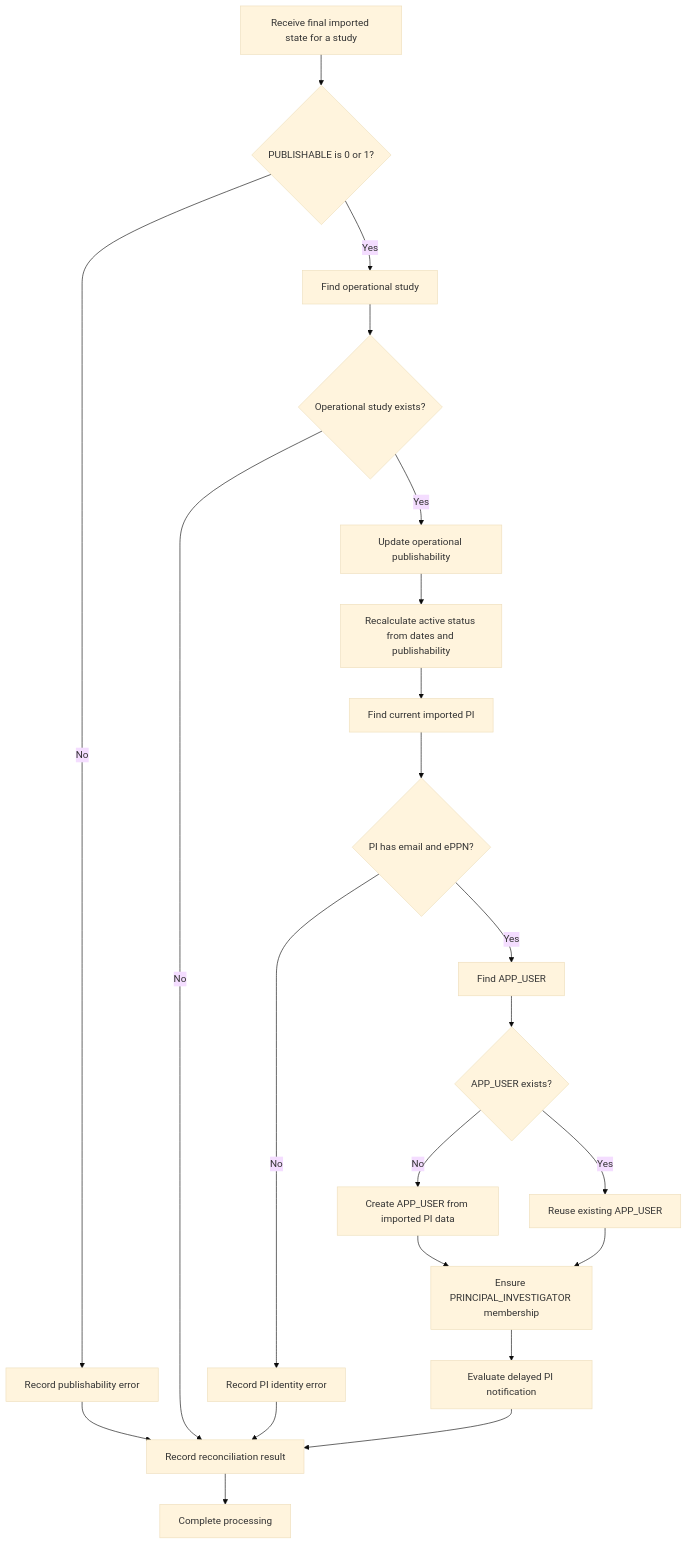
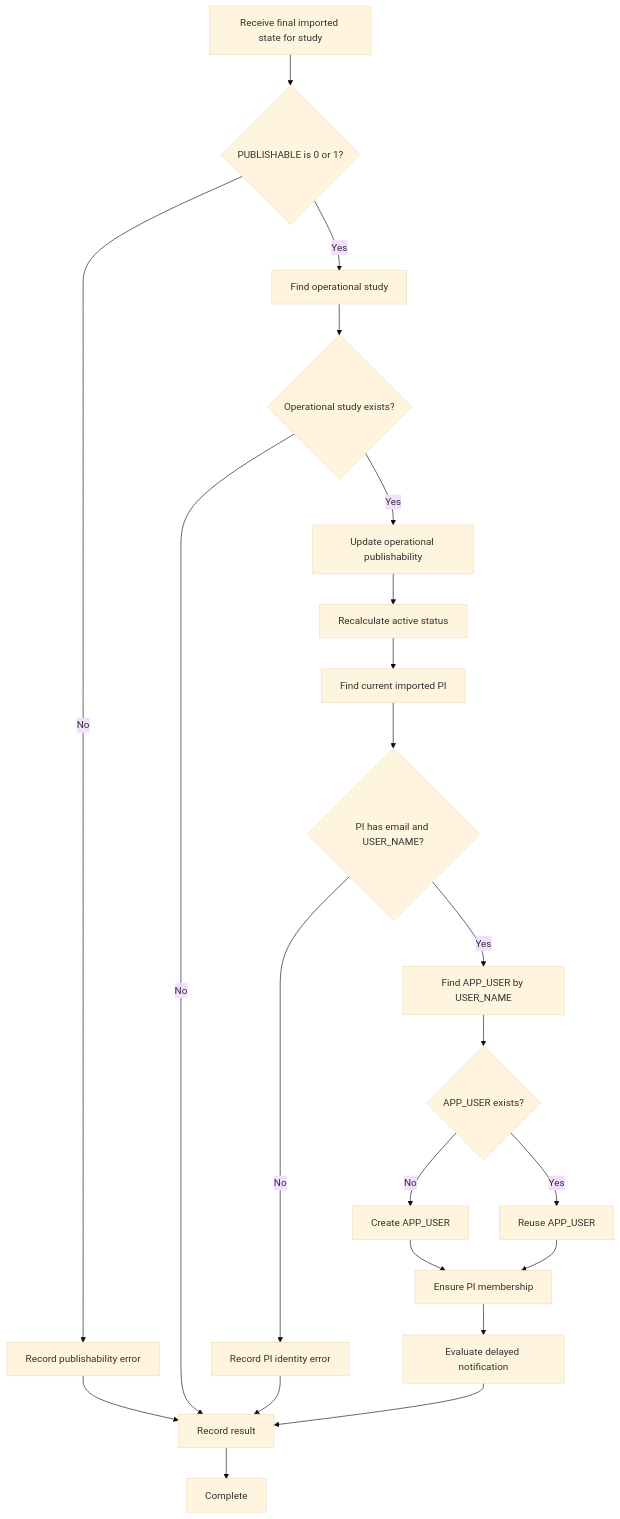
One commit to umich-michr/yhr-context changed the diagram in docs/03-institutional-governance/reconciliation.md. Above: the diagram before and after it, drawn with Mermaid (base theme). The commit also changed other lines of this file and 59 other files, not shown here.

````diff
--- a/docs/03-institutional-governance/reconciliation.md
+++ b/docs/03-institutional-governance/reconciliation.md
@@ -55,50 +59,50 @@
 ```mermaid
 flowchart TD
-    START[Receive final imported state for a study]
+    START[Receive final imported state for study]
     PUBVALID{PUBLISHABLE is 0 or 1?}
     PUBERROR[Record publishability error]
     FINDSTUDY[Find operational study]
     STUDYEXISTS{Operational study exists?}
     UPDATEPUB[Update operational publishability]
-    CALCSTATUS[Recalculate active status from dates and publishability]
+    CALCSTATUS[Recalculate active status]
     FINDPI[Find current imported PI]
-    PICOMPLETE{PI has email and ePPN?}
+    PICOMPLETE{PI has email and USER_NAME?}
     PIERROR[Record PI identity error]
-    FINDUSER[Find APP_USER]
+    FINDUSER[Find APP_USER by USER_NAME]
     USEREXISTS{APP_USER exists?}
-    CREATEUSER[Create APP_USER from imported PI data]
-    REUSEUSER[Reuse existing APP_USER]
-    ENSUREMEMBER[Ensure PRINCIPAL_INVESTIGATOR membership]
-    NOTIFY[Evaluate delayed PI notification]
-    AUDIT[Record reconciliation result]
-    END[Complete processing]
+    CREATEUSER[Create APP_USER]
+    REUSEUSER[Reuse APP_USER]
+    ENSUREMEMBER[Ensure PI membership]
+    NOTIFY[Evaluate delayed notification]
+    AUDIT[Record result]
+    END[Complete]
 
     START --> PUBVALID
     PUBVALID -- No --> PUBERROR
     PUBVALID -- Yes --> FINDSTUDY
 
     FINDSTUDY --> STUDYEXISTS
     STUDYEXISTS -- No --> AUDIT
     STUDYEXISTS -- Yes --> UPDATEPUB
 
     UPDATEPUB --> CALCSTATUS
     CALCSTATUS --> FINDPI
     FINDPI --> PICOMPLETE
 
     PICOMPLETE -- No --> PIERROR
     PICOMPLETE -- Yes --> FINDUSER
 
     FINDUSER --> USEREXISTS
     USEREXISTS -- No --> CREATEUSER
     USEREXISTS -- Yes --> REUSEUSER
 
     CREATEUSER --> ENSUREMEMBER
     REUSEUSER --> ENSUREMEMBER
 
     ENSUREMEMBER --> NOTIFY
     NOTIFY --> AUDIT
 
     PUBERROR --> AUDIT
     PIERROR --> AUDIT
     AUDIT --> END
 ```
````
